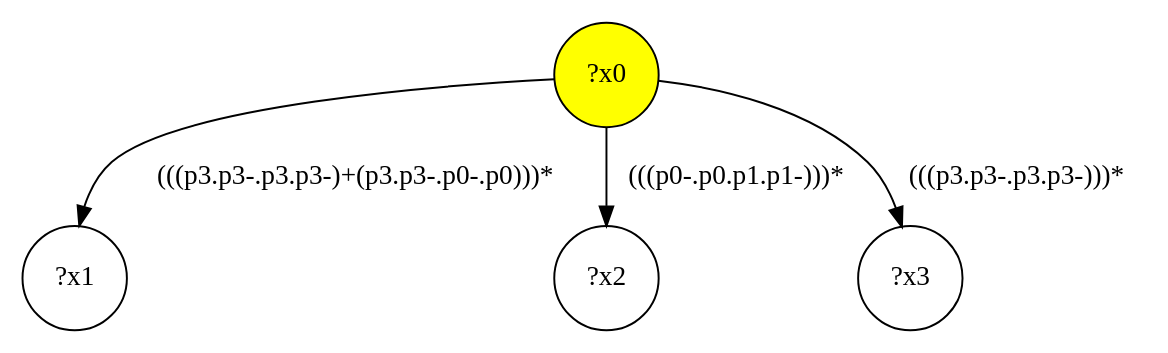
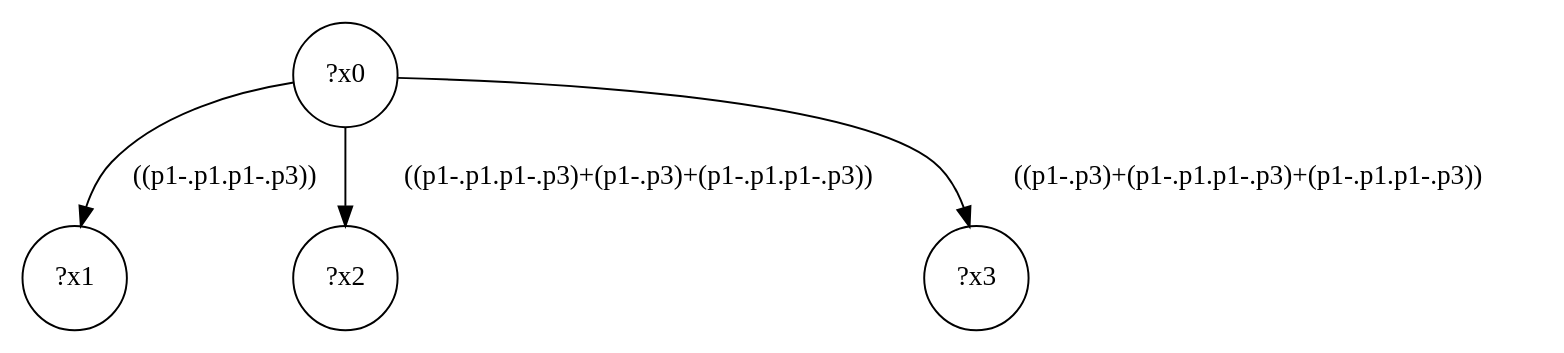
The diagram in src/queryinterface/interface-queries/query-31.dot (gbagan/gmark), drawn with Graphviz before and after one commit. The commit also changed 153 other files, not shown here.

```diff
--- a/src/queryinterface/interface-queries/query-31.dot
+++ b/src/queryinterface/interface-queries/query-31.dot
@@ -1,9 +1,9 @@
 digraph g {
-	x0 [fillcolor="yellow", style="filled," shape=circle, label="?x0"];
+	x0 [shape=circle, label="?x0"];
 	x1 [shape=circle, label="?x1"];
-	x0 -> x1 [label="(((p3.p3-.p3.p3-)+(p3.p3-.p0-.p0)))*"];
+	x0 -> x1 [label="((p1-.p1.p1-.p3))"];
 	x2 [shape=circle, label="?x2"];
-	x0 -> x2 [label="(((p0-.p0.p1.p1-)))*"];
+	x0 -> x2 [label="((p1-.p1.p1-.p3)+(p1-.p3)+(p1-.p1.p1-.p3))"];
 	x3 [shape=circle, label="?x3"];
-	x0 -> x3 [label="(((p3.p3-.p3.p3-)))*"];
+	x0 -> x3 [label="((p1-.p3)+(p1-.p1.p1-.p3)+(p1-.p1.p1-.p3))"];
 }
```
